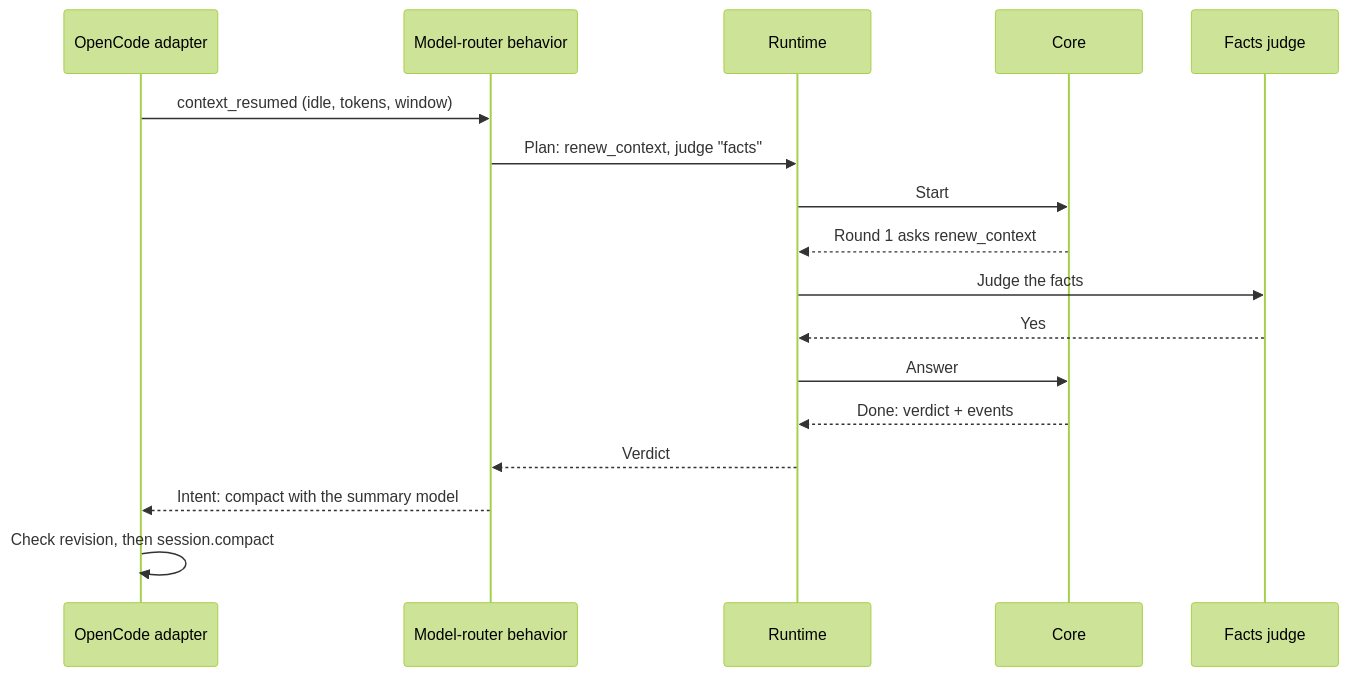
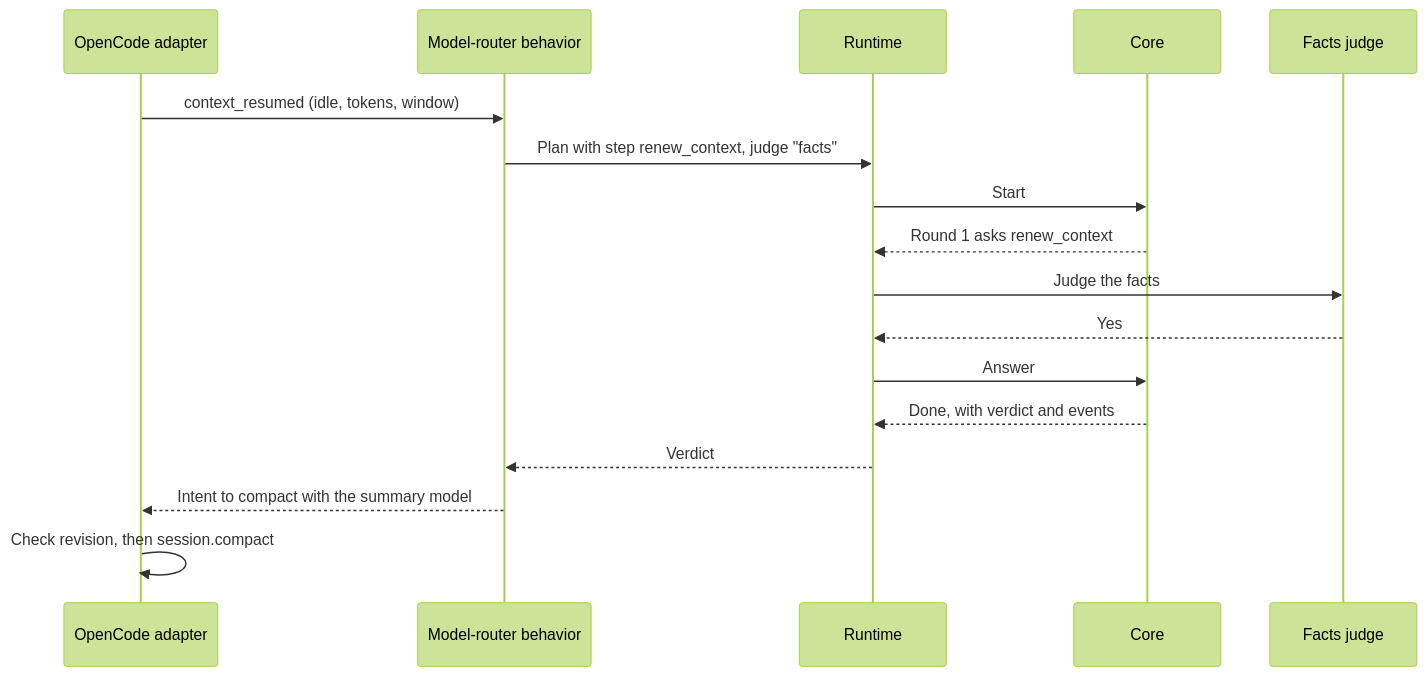
Before and after one commit to StevenJPx2/chauffeur: the second of 5 diagrams in docs/plans/pluggability.md, drawn with Mermaid (forest theme). The commit also changed other lines of this file, not shown here.

Commit message:
docs(plans): fix Mermaid parse errors in sequence diagrams
A semicolon ends a Mermaid statement, so message text cannot contain one.

````diff
--- a/docs/plans/pluggability.md
+++ b/docs/plans/pluggability.md
@@ -68,19 +68,19 @@
 ```mermaid
 sequenceDiagram
     participant A as OpenCode adapter
     participant B as Model-router behavior
     participant R as Runtime
     participant C as Core
     participant F as Facts judge
     A->>B: context_resumed (idle, tokens, window)
-    B->>R: Plan: renew_context, judge "facts"
+    B->>R: Plan with step renew_context, judge "facts"
     R->>C: Start
     C-->>R: Round 1 asks renew_context
     R->>F: Judge the facts
     F-->>R: Yes
     R->>C: Answer
-    C-->>R: Done: verdict + events
+    C-->>R: Done, with verdict and events
     R-->>B: Verdict
-    B-->>A: Intent: compact with the summary model
+    B-->>A: Intent to compact with the summary model
     A->>A: Check revision, then session.compact
 ```
````
